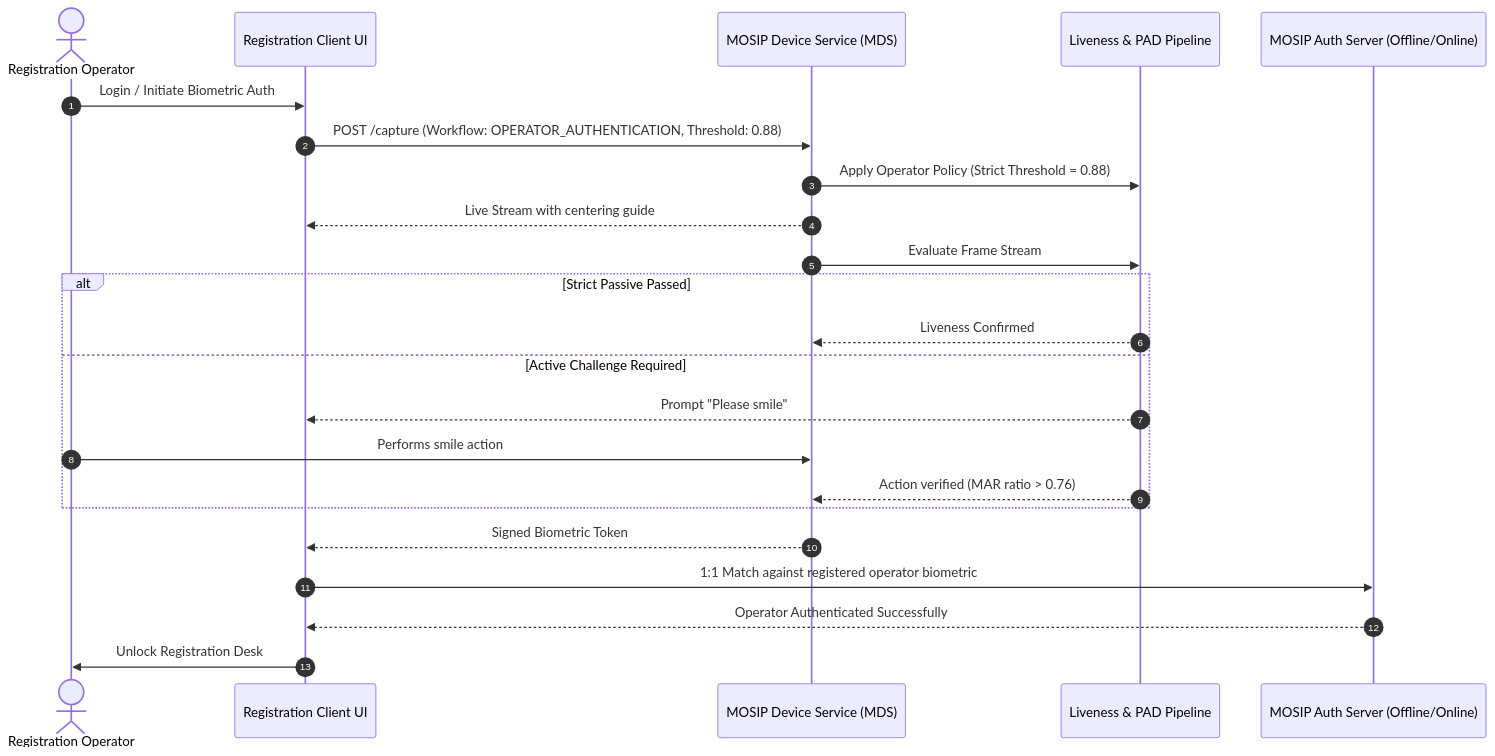
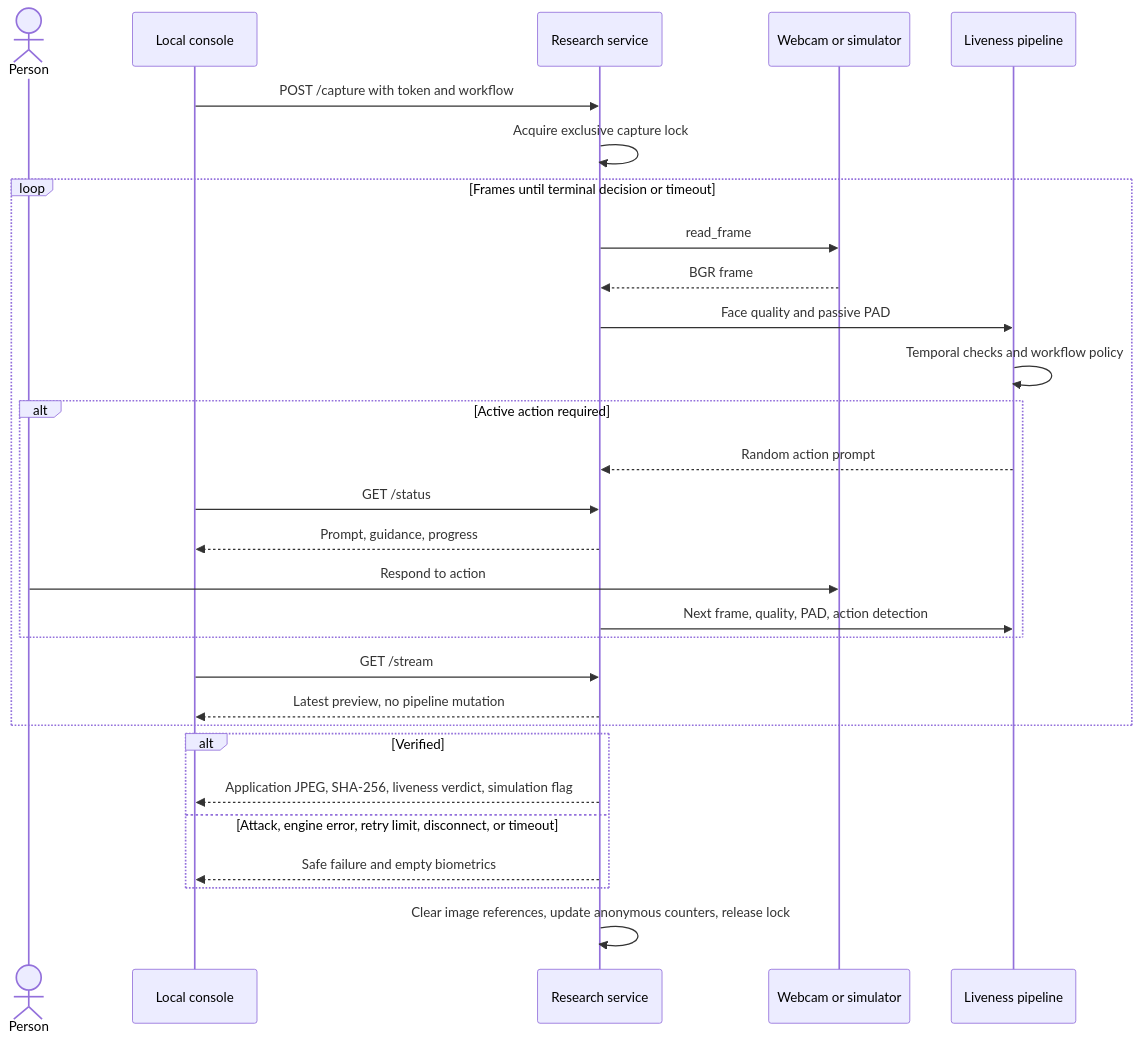
Before and after one commit to car-ui/mosip-face-liveness-pad: the first of 2 diagrams in docs/SEQUENCE_DIAGRAMS.md, drawn with Mermaid. The commit also changed other lines of this file and 57 other files, not shown here.

````diff
--- a/docs/SEQUENCE_DIAGRAMS.md
+++ b/docs/SEQUENCE_DIAGRAMS.md
@@ -56,28 +5,31 @@
 ```mermaid
 sequenceDiagram
-    autonumber
-    actor Operator as Registration Operator
-    participant Client as Registration Client UI
-    participant MDS as MOSIP Device Service (MDS)
-    participant Engine as Liveness & PAD Pipeline
-    participant AuthServer as MOSIP Auth Server (Offline/Online)
-
-    Operator->>Client: Login / Initiate Biometric Auth
-    Client->>MDS: POST /capture (Workflow: OPERATOR_AUTHENTICATION, Threshold: 0.88)
-    MDS->>Engine: Apply Operator Policy (Strict Threshold = 0.88)
-    MDS-->>Client: Live Stream with centering guide
-
-    MDS->>Engine: Evaluate Frame Stream
-    alt Strict Passive Passed
-        Engine-->>MDS: Liveness Confirmed
-    else Active Challenge Required
-        Engine-->>Client: Prompt "Please smile"
-        Operator->>MDS: Performs smile action
-        Engine-->>MDS: Action verified (MAR ratio > 0.76)
+    actor Person
+    participant UI as Local console
+    participant API as Research service
+    participant Device as Webcam or simulator
+    participant Engine as Liveness pipeline
+    UI->>API: POST /capture with token and workflow
+    API->>API: Acquire exclusive capture lock
+    loop Frames until terminal decision or timeout
+        API->>Device: read_frame
+        Device-->>API: BGR frame
+        API->>Engine: Face quality and passive PAD
+        Engine->>Engine: Temporal checks and workflow policy
+        alt Active action required
+            Engine-->>API: Random action prompt
+            UI->>API: GET /status
+            API-->>UI: Prompt, guidance, progress
+            Person->>Device: Respond to action
+            API->>Engine: Next frame, quality, PAD, action detection
+        end
+        UI->>API: GET /stream
+        API-->>UI: Latest preview, no pipeline mutation
     end
-
-    MDS-->>Client: Signed Biometric Token
-    Client->>AuthServer: 1:1 Match against registered operator biometric
-    AuthServer-->>Client: Operator Authenticated Successfully
-    Client->>Operator: Unlock Registration Desk
+    alt Verified
+        API-->>UI: Application JPEG, SHA-256, liveness verdict, simulation flag
+    else Attack, engine error, retry limit, disconnect, or timeout
+        API-->>UI: Safe failure and empty biometrics
+    end
+    API->>API: Clear image references, update anonymous counters, release lock
 ```
````
